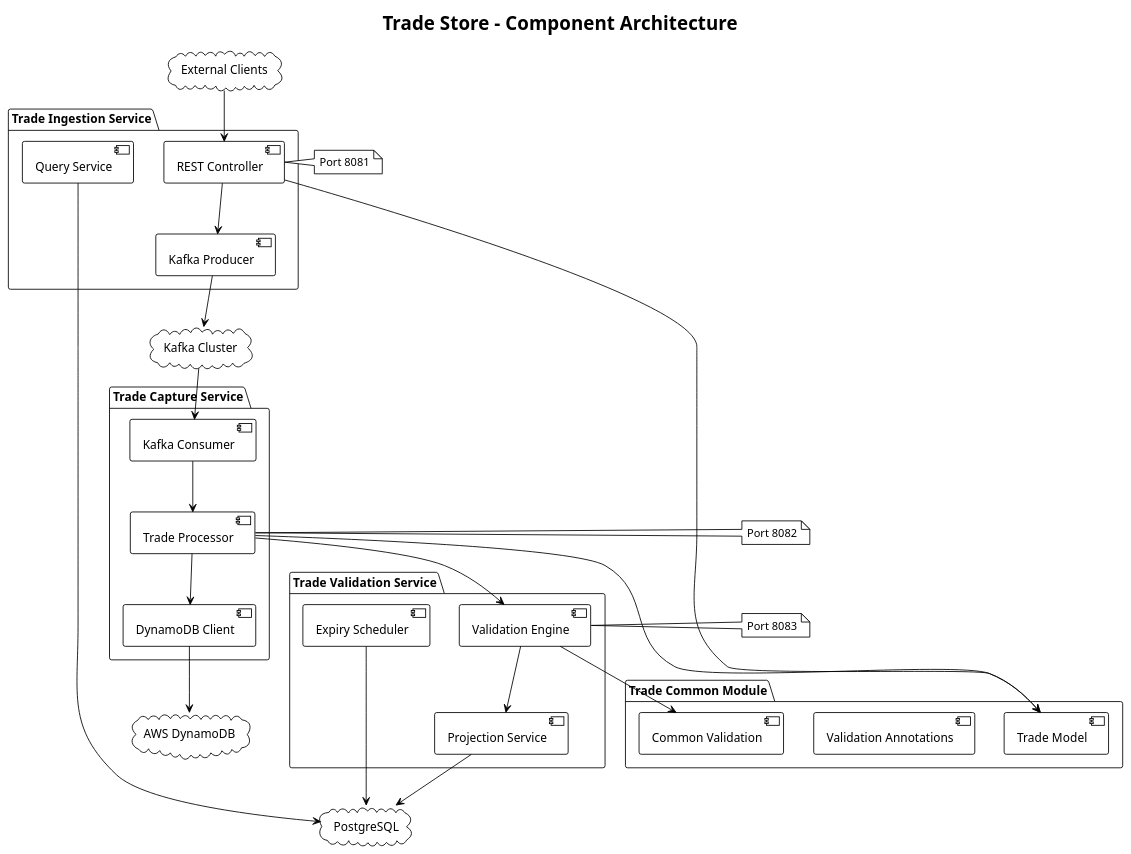
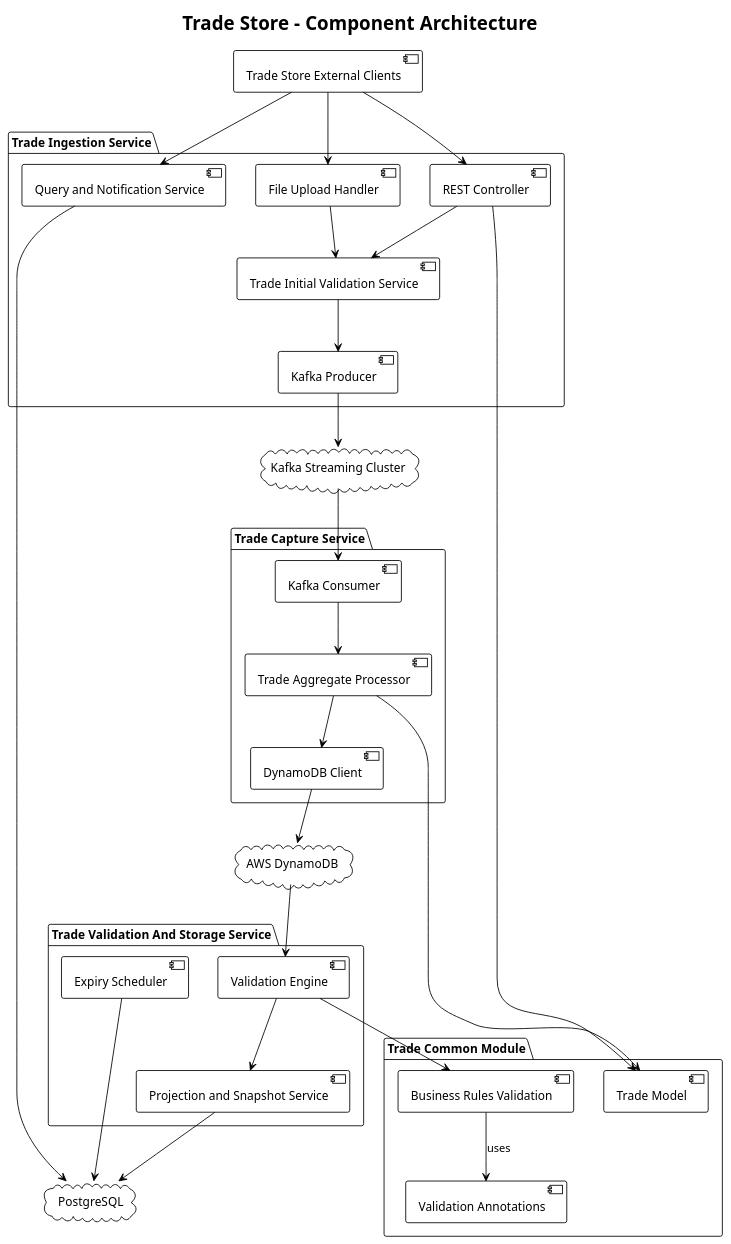
One commit to piyush1683/TradeStoreAssignment changed the diagram in docs/trade-store-component-diagram.puml. Above: the diagram before and after it, drawn with PlantUML. The commit also changed 1 other file, not shown here.

Commit message:
Updated the sequence and component diagram: added trade query service

```diff
--- a/docs/trade-store-component-diagram.puml
+++ b/docs/trade-store-component-diagram.puml
@@ -1,59 +1,63 @@
 @startuml
 !theme plain
 title Trade Store - Component Architecture
 
-' External Systems
-cloud "External Clients" as clients
-cloud "Kafka Cluster" as kafka
+' External Systems 
+component "Trade Store External Clients" as clients
+cloud "Kafka Streaming Cluster" as kafka
 cloud "AWS DynamoDB" as dynamodb
 cloud "PostgreSQL" as postgres
 
 package "Trade Ingestion Service" {
     [REST Controller] as restController
+    [File Upload Handler] as fileHandler
     [Kafka Producer] as kafkaProducer
-    [Query Service] as queryService
+    [Trade Initial Validation Service] as initialValidation
+    [Query and Notification Service] as queryService
 }
 
 package "Trade Capture Service" {
     [Kafka Consumer] as kafkaConsumer
-    [Trade Processor] as tradeProcessor
+    [Trade Aggregate Processor] as tradeProcessor
     [DynamoDB Client] as dynamoClient
 }
 
-package "Trade Validation Service" {
+package "Trade Validation And Storage Service" {
     [Validation Engine] as validationEngine
-    [Projection Service] as projectionService
+    [Projection and Snapshot Service] as projectionService
     [Expiry Scheduler] as expiryScheduler
 }
 
 package "Trade Common Module" {
     [Trade Model] as tradeModel
     [Validation Annotations] as validationAnnotations
-    [Common Validation] as commonValidation
+    [Business Rules Validation] as commonValidation
 }
 
 clients --> restController
-restController --> kafkaProducer
+clients --> fileHandler
+clients --> queryService
+
+fileHandler --> initialValidation
+restController --> initialValidation
+initialValidation --> kafkaProducer
 kafkaProducer --> kafka
 
 kafka --> kafkaConsumer
 kafkaConsumer --> tradeProcessor
 tradeProcessor --> dynamoClient
 dynamoClient --> dynamodb
 
-tradeProcessor --> validationEngine
+dynamodb --> validationEngine
 validationEngine --> projectionService
 projectionService --> postgres
 
 queryService --> postgres
 expiryScheduler --> postgres
 
 validationEngine --> commonValidation
+commonValidation --> validationAnnotations : uses
 tradeProcessor --> tradeModel
 restController --> tradeModel
 
-note right of restController : Port 8081
-note right of tradeProcessor : Port 8082
-note right of validationEngine : Port 8083
-
 @enduml
```
